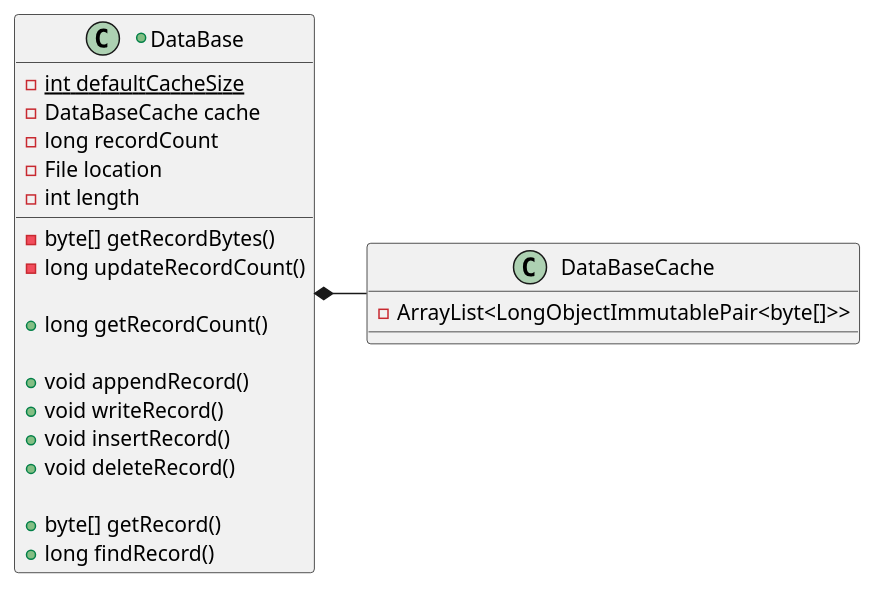
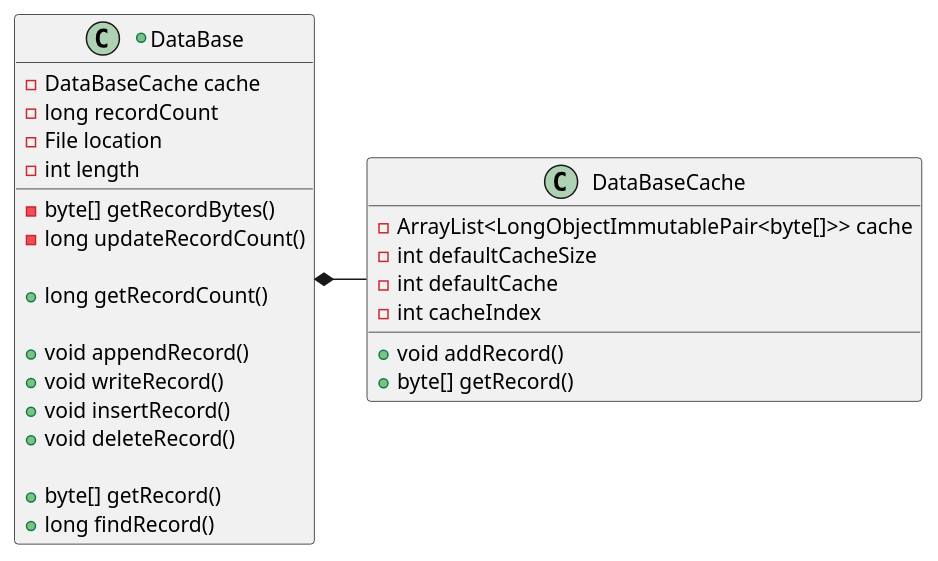
Before and after one commit to quaoz/SchoolStuff: the diagram in src/main/java/com/github/quaoz/common/database/DataBase.puml, drawn with PlantUML. The commit also changed 3 other files, not shown here.

```diff
--- a/src/main/java/com/github/quaoz/common/database/DataBase.puml
+++ b/src/main/java/com/github/quaoz/common/database/DataBase.puml
@@ -1,31 +1,37 @@
 @startuml
 'https://plantuml.com/class-diagram
 
 +class DataBase {
-- {static} int defaultCacheSize
 - DataBaseCache cache
 - long recordCount
 - File location
 - int length
 
 - byte[] getRecordBytes()
 - long updateRecordCount()
 
 + long getRecordCount()
 
 + void appendRecord()
 + void writeRecord()
 + void insertRecord()
 + void deleteRecord()
 
 + byte[] getRecord()
 + long findRecord()
 }
 
 class DataBaseCache {
-- ArrayList<LongObjectImmutablePair<byte[]>>
+- ArrayList<LongObjectImmutablePair<byte[]>> cache
+- int defaultCacheSize
+- int defaultCache
+- int cacheIndex
+
++ void addRecord()
++ byte[] getRecord()
+
 }
 
 DataBase *- DataBaseCache
 
 @enduml
```
